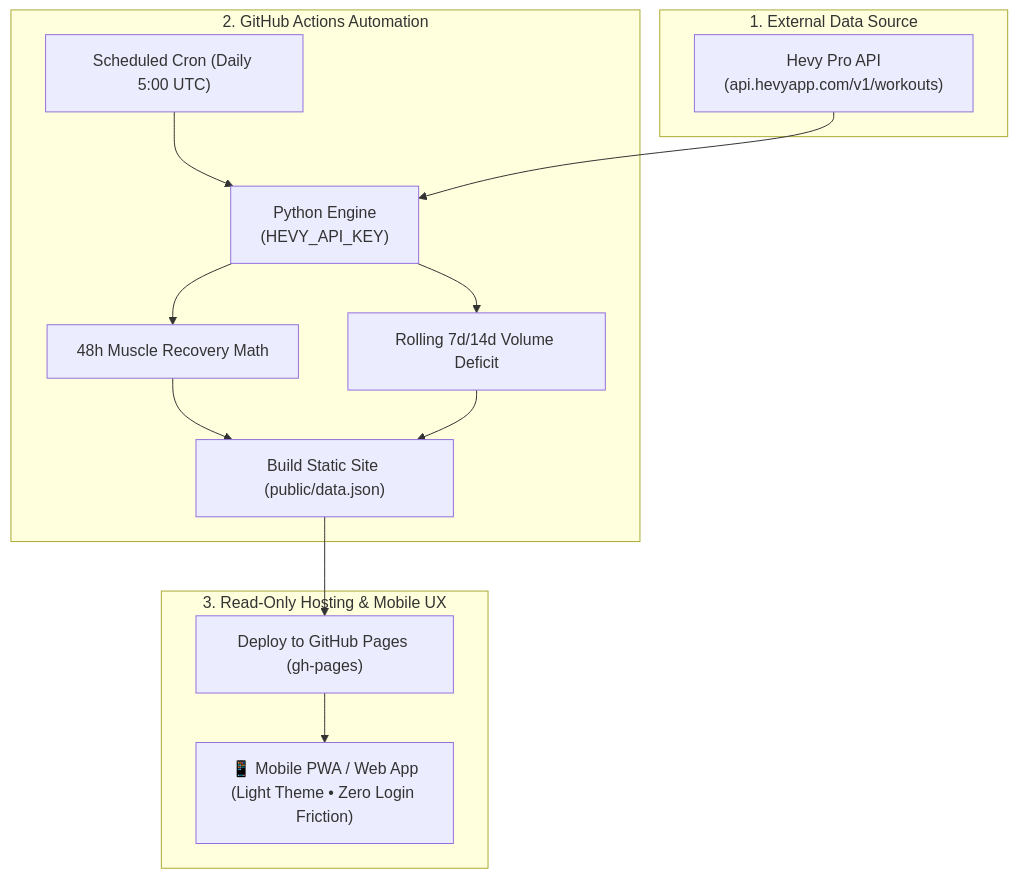
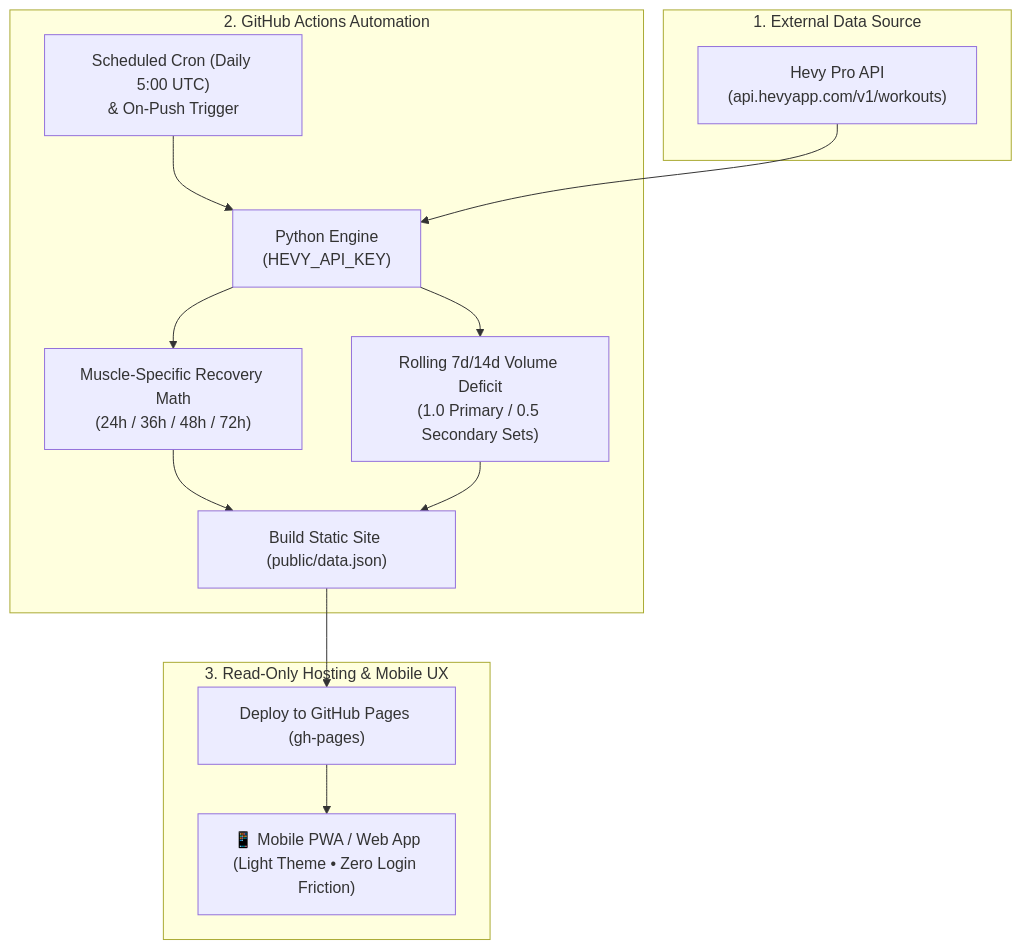
Before and after one commit to apilaskowski/personal_trainer: the diagram in README.md, drawn with Mermaid. The commit also changed other lines of this file and 2 other files, not shown here.

Commit message:
docs: update README and wording to reflect per-muscle recovery and current architecture

````diff
--- a/README.md
+++ b/README.md
@@ -11,21 +11,21 @@
 ```mermaid
 flowchart TD
     subgraph Cloud["1. External Data Source"]
         A["Hevy Pro API\n(api.hevyapp.com/v1/workouts)"]
     end
 
     subgraph CI["2. GitHub Actions Automation"]
-        B["Scheduled Cron (Daily 5:00 UTC)"]
+        B["Scheduled Cron (Daily 5:00 UTC)\n& On-Push Trigger"]
         C["Python Engine\n(HEVY_API_KEY)"]
         B --> C
         A --> C
-        C --> D["48h Muscle Recovery Math"]
-        C --> E["Rolling 7d/14d Volume Deficit"]
+        C --> D["Muscle-Specific Recovery Math\n(24h / 36h / 48h / 72h)"]
+        C --> E["Rolling 7d/14d Volume Deficit\n(1.0 Primary / 0.5 Secondary Sets)"]
         D & E --> F["Build Static Site (public/data.json)"]
     end
 
     subgraph Hosting["3. Read-Only Hosting & Mobile UX"]
         F --> G["Deploy to GitHub Pages (gh-pages)"]
         G --> H["📱 Mobile PWA / Web App\n(Light Theme • Zero Login Friction)"]
     end
 ```
````
